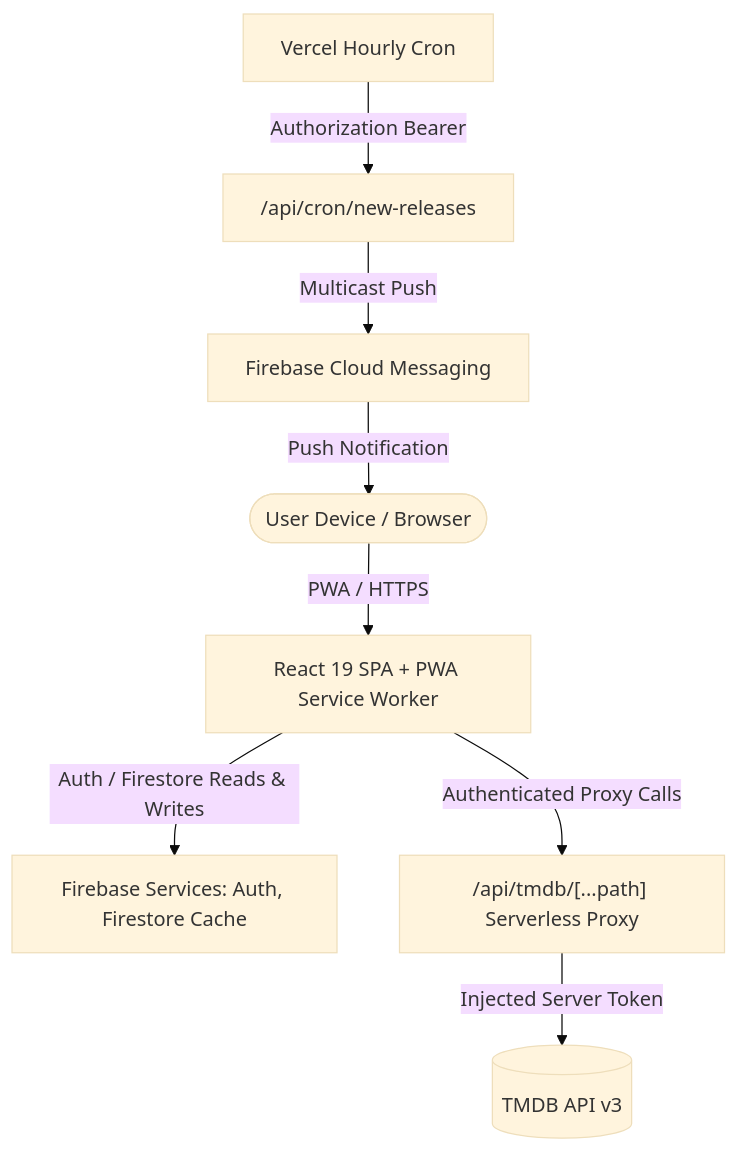
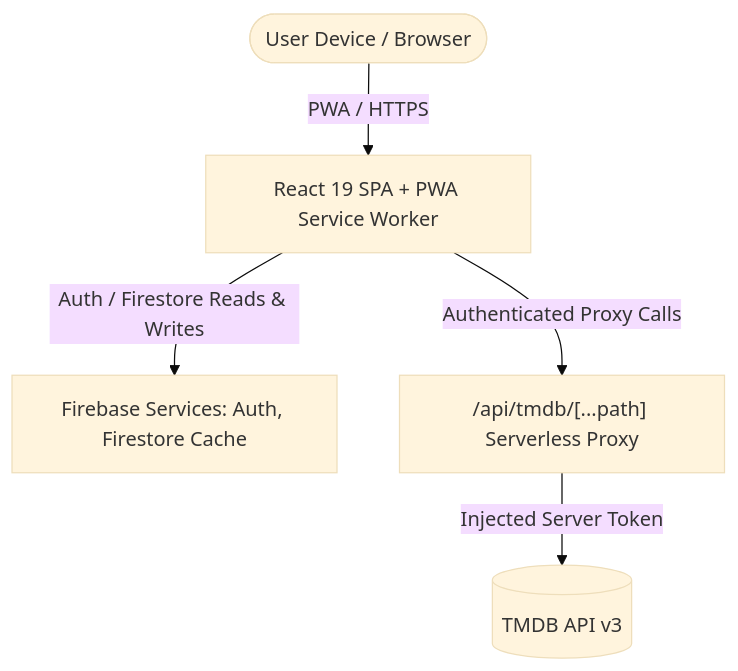
Before and after one commit to NaitikNigotiya/Cinetrack-V2: the diagram in docs/ARCHITECTURE.md, drawn with Mermaid (base theme). The commit also changed other lines of this file and 3 other files, not shown here.

Commit message:
docs: update architecture, progress, rules, and readme reflecting push notification removal

````diff
--- a/docs/ARCHITECTURE.md
+++ b/docs/ARCHITECTURE.md
@@ -5,10 +5,7 @@
 ```mermaid
 graph TD
     User([User Device / Browser]) -->|PWA / HTTPS| ClientApp[React 19 SPA + PWA Service Worker]
     ClientApp -->|Auth / Firestore Reads & Writes| Firebase[Firebase Services: Auth, Firestore Cache]
     ClientApp -->|Authenticated Proxy Calls| TMDBProxy["/api/tmdb/[...path] Serverless Proxy"]
     TMDBProxy -->|Injected Server Token| TMDB[(TMDB API v3)]
-    VercelCron[Vercel Hourly Cron] -->|Authorization Bearer| CronHandler["/api/cron/new-releases"]
-    CronHandler -->|Multicast Push| FCM[Firebase Cloud Messaging]
-    FCM -->|Push Notification| User
 ```
````
